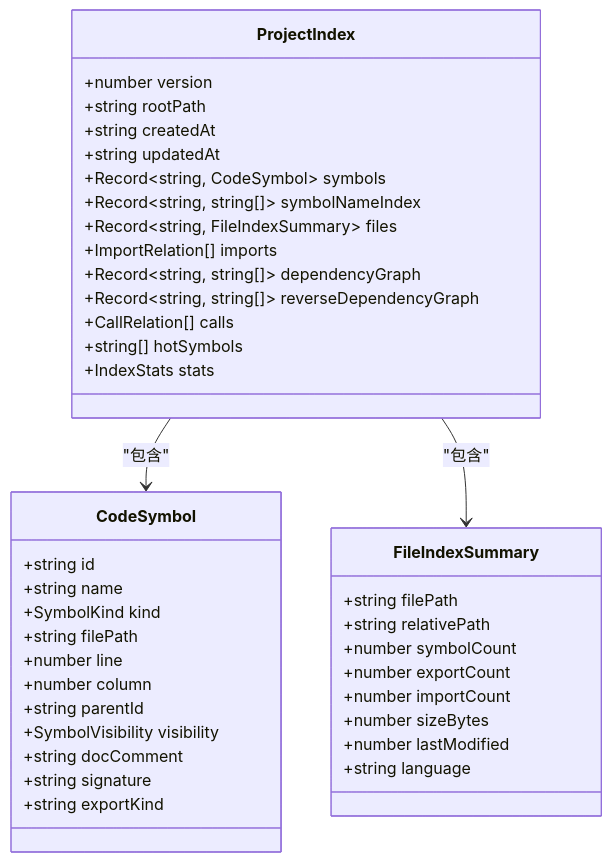
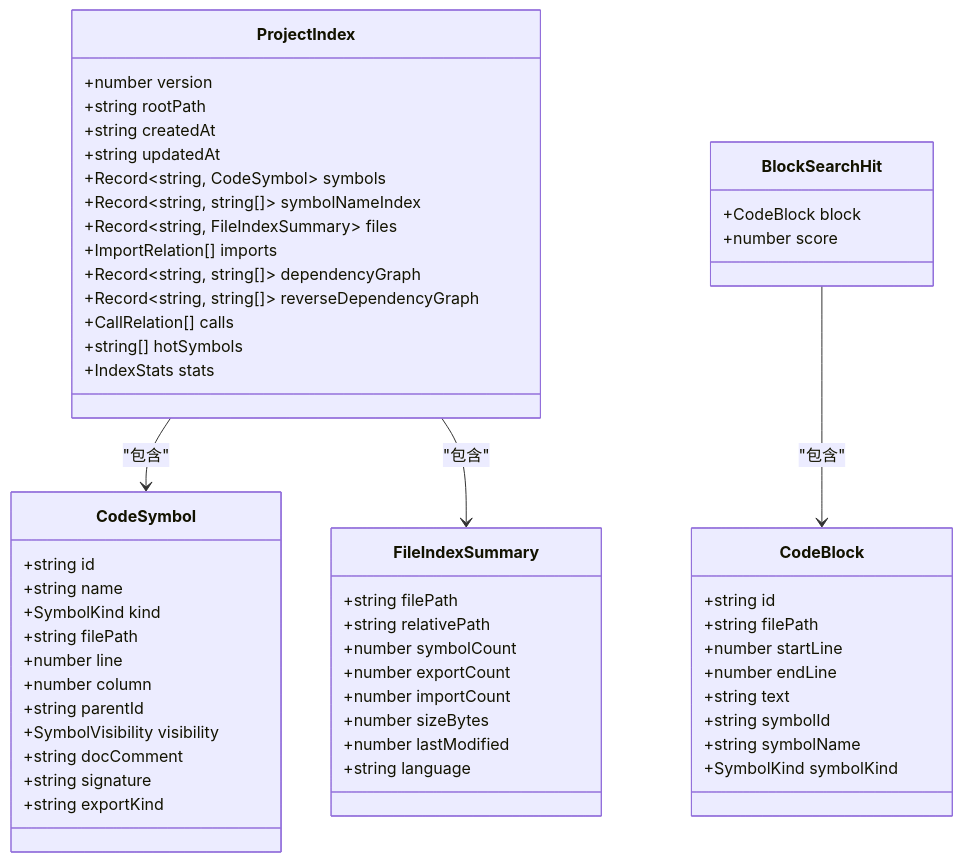
Before and after one commit to sofate798/KodrixCode: the third of 8 diagrams in .qoder/repowiki/zh/content/架构设计/代码库智能架构/语义索引构建.md, drawn with Mermaid. The commit also changed other lines of this file and 6 other files, not shown here.

````diff
--- a/.qoder/repowiki/zh/content/架构设计/代码库智能架构/语义索引构建.md
+++ b/.qoder/repowiki/zh/content/架构设计/代码库智能架构/语义索引构建.md
@@ -182,43 +206,58 @@
 ```mermaid
 classDiagram
 class CodeSymbol {
 +string id
 +string name
 +SymbolKind kind
 +string filePath
 +number line
 +number column
 +string parentId
 +SymbolVisibility visibility
 +string docComment
 +string signature
 +string exportKind
 }
 class FileIndexSummary {
 +string filePath
 +string relativePath
 +number symbolCount
 +number exportCount
 +number importCount
 +number sizeBytes
 +number lastModified
 +string language
 }
 class ProjectIndex {
 +number version
 +string rootPath
 +string createdAt
 +string updatedAt
 +Record~string, CodeSymbol~ symbols
 +Record~string, string[]~ symbolNameIndex
 +Record~string, FileIndexSummary~ files
 +ImportRelation[] imports
 +Record~string, string[]~ dependencyGraph
 +Record~string, string[]~ reverseDependencyGraph
 +CallRelation[] calls
 +string[] hotSymbols
 +IndexStats stats
 }
+class CodeBlock {
++string id
++string filePath
++number startLine
++number endLine
++string text
++string symbolId
++string symbolName
++SymbolKind symbolKind
+}
+class BlockSearchHit {
++CodeBlock block
++number score
+}
 ProjectIndex --> CodeSymbol : "包含"
 ProjectIndex --> FileIndexSummary : "包含"
+BlockSearchHit --> CodeBlock : "包含"
 ```
````
